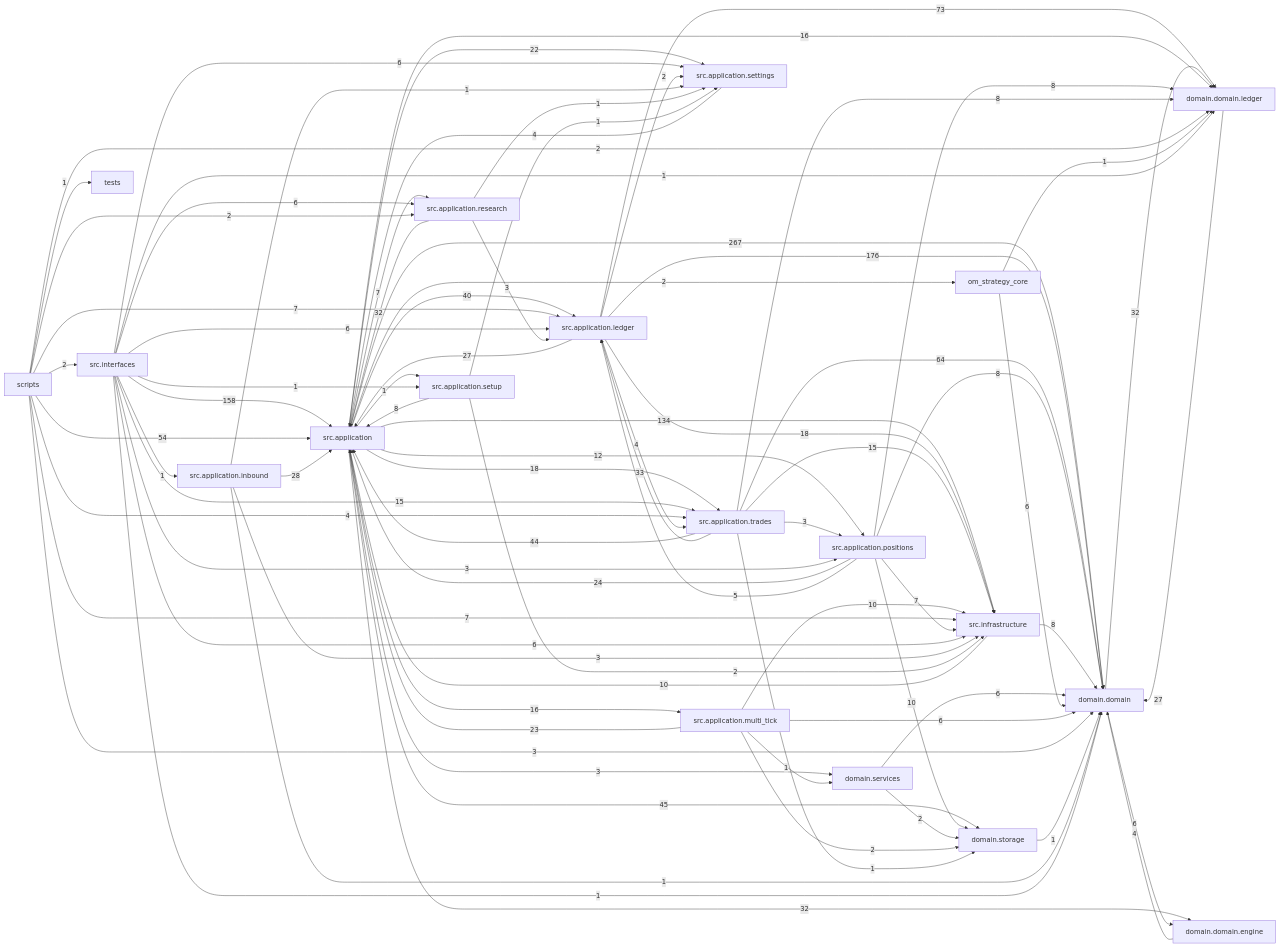
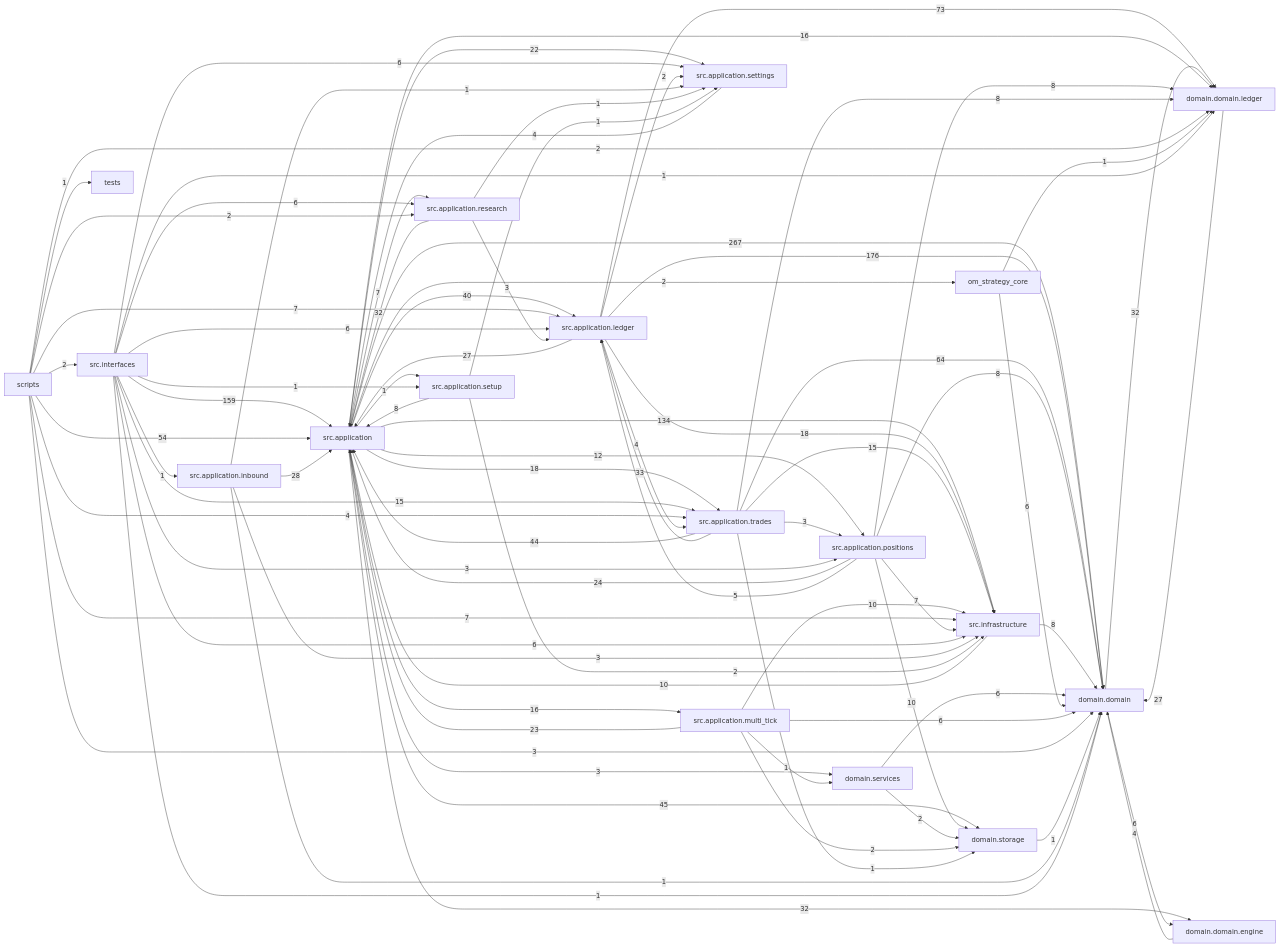
The diagram in docs/dependency_graph.mmd (liuxie066/options-monitor), drawn with Mermaid before and after one commit. The commit also changed 13 other files, not shown here.

```diff
--- a/docs/dependency_graph.mmd
+++ b/docs/dependency_graph.mmd
@@ -1,81 +1,81 @@
 flowchart LR
   src_application["src.application"] -->|267| domain_domain["domain.domain"]
   src_application_ledger["src.application.ledger"] -->|176| domain_domain["domain.domain"]
-  src_interfaces["src.interfaces"] -->|158| src_application["src.application"]
+  src_interfaces["src.interfaces"] -->|159| src_application["src.application"]
   src_application["src.application"] -->|134| src_infrastructure["src.infrastructure"]
   src_application_ledger["src.application.ledger"] -->|73| domain_domain_ledger["domain.domain.ledger"]
   src_application_trades["src.application.trades"] -->|64| domain_domain["domain.domain"]
   scripts["scripts"] -->|54| src_application["src.application"]
   src_application["src.application"] -->|45| domain_storage["domain.storage"]
   src_application_trades["src.application.trades"] -->|44| src_application["src.application"]
   src_application["src.application"] -->|40| src_application_ledger["src.application.ledger"]
   src_application_trades["src.application.trades"] -->|33| src_application_ledger["src.application.ledger"]
   domain_domain["domain.domain"] -->|32| domain_domain_ledger["domain.domain.ledger"]
   src_application["src.application"] -->|32| domain_domain_engine["domain.domain.engine"]
   src_application_research["src.application.research"] -->|32| src_application["src.application"]
   src_application_inbound["src.application.inbound"] -->|28| src_application["src.application"]
   domain_domain_ledger["domain.domain.ledger"] -->|27| domain_domain["domain.domain"]
   src_application_ledger["src.application.ledger"] -->|27| src_application["src.application"]
   src_application_positions["src.application.positions"] -->|24| src_application["src.application"]
   src_application_multi_tick["src.application.multi_tick"] -->|23| src_application["src.application"]
   src_application["src.application"] -->|22| src_application_settings["src.application.settings"]
   src_application["src.application"] -->|18| src_application_trades["src.application.trades"]
   src_application_ledger["src.application.ledger"] -->|18| src_infrastructure["src.infrastructure"]
   src_application["src.application"] -->|16| domain_domain_ledger["domain.domain.ledger"]
   src_application["src.application"] -->|16| src_application_multi_tick["src.application.multi_tick"]
   src_application_trades["src.application.trades"] -->|15| src_infrastructure["src.infrastructure"]
   src_interfaces["src.interfaces"] -->|15| src_application_trades["src.application.trades"]
   src_application["src.application"] -->|12| src_application_positions["src.application.positions"]
   src_application_multi_tick["src.application.multi_tick"] -->|10| src_infrastructure["src.infrastructure"]
   src_application_positions["src.application.positions"] -->|10| domain_storage["domain.storage"]
   src_infrastructure["src.infrastructure"] -->|10| src_application["src.application"]
   src_application_positions["src.application.positions"] -->|8| domain_domain["domain.domain"]
   src_application_positions["src.application.positions"] -->|8| domain_domain_ledger["domain.domain.ledger"]
   src_application_setup["src.application.setup"] -->|8| src_application["src.application"]
   src_application_trades["src.application.trades"] -->|8| domain_domain_ledger["domain.domain.ledger"]
   src_infrastructure["src.infrastructure"] -->|8| domain_domain["domain.domain"]
   scripts["scripts"] -->|7| src_application_ledger["src.application.ledger"]
   scripts["scripts"] -->|7| src_infrastructure["src.infrastructure"]
   src_application["src.application"] -->|7| src_application_research["src.application.research"]
   src_application_positions["src.application.positions"] -->|7| src_infrastructure["src.infrastructure"]
   domain_domain["domain.domain"] -->|6| domain_domain_engine["domain.domain.engine"]
   domain_services["domain.services"] -->|6| domain_domain["domain.domain"]
   om_strategy_core["om_strategy_core"] -->|6| domain_domain["domain.domain"]
   src_application_multi_tick["src.application.multi_tick"] -->|6| domain_domain["domain.domain"]
   src_interfaces["src.interfaces"] -->|6| src_application_ledger["src.application.ledger"]
   src_interfaces["src.interfaces"] -->|6| src_application_research["src.application.research"]
   src_interfaces["src.interfaces"] -->|6| src_application_settings["src.application.settings"]
   src_interfaces["src.interfaces"] -->|6| src_infrastructure["src.infrastructure"]
   src_application_positions["src.application.positions"] -->|5| src_application_ledger["src.application.ledger"]
   domain_domain_engine["domain.domain.engine"] -->|4| domain_domain["domain.domain"]
   scripts["scripts"] -->|4| src_application_trades["src.application.trades"]
   src_application_ledger["src.application.ledger"] -->|4| src_application_trades["src.application.trades"]
   src_application_settings["src.application.settings"] -->|4| src_application["src.application"]
   scripts["scripts"] -->|3| domain_domain["domain.domain"]
   src_application["src.application"] -->|3| domain_services["domain.services"]
   src_application_inbound["src.application.inbound"] -->|3| src_infrastructure["src.infrastructure"]
   src_application_research["src.application.research"] -->|3| src_application_ledger["src.application.ledger"]
   src_application_trades["src.application.trades"] -->|3| src_application_positions["src.application.positions"]
   src_interfaces["src.interfaces"] -->|3| src_application_positions["src.application.positions"]
   domain_services["domain.services"] -->|2| domain_storage["domain.storage"]
   scripts["scripts"] -->|2| domain_domain_ledger["domain.domain.ledger"]
   scripts["scripts"] -->|2| src_application_research["src.application.research"]
   scripts["scripts"] -->|2| src_interfaces["src.interfaces"]
   src_application["src.application"] -->|2| om_strategy_core["om_strategy_core"]
   src_application_ledger["src.application.ledger"] -->|2| src_application_settings["src.application.settings"]
   src_application_multi_tick["src.application.multi_tick"] -->|2| domain_storage["domain.storage"]
   src_application_setup["src.application.setup"] -->|2| src_infrastructure["src.infrastructure"]
   domain_storage["domain.storage"] -->|1| domain_domain["domain.domain"]
   om_strategy_core["om_strategy_core"] -->|1| domain_domain_ledger["domain.domain.ledger"]
   scripts["scripts"] -->|1| tests["tests"]
   src_application["src.application"] -->|1| src_application_setup["src.application.setup"]
   src_application_inbound["src.application.inbound"] -->|1| domain_domain["domain.domain"]
   src_application_inbound["src.application.inbound"] -->|1| src_application_settings["src.application.settings"]
   src_application_multi_tick["src.application.multi_tick"] -->|1| domain_services["domain.services"]
   src_application_research["src.application.research"] -->|1| src_application_settings["src.application.settings"]
   src_application_setup["src.application.setup"] -->|1| src_application_settings["src.application.settings"]
   src_application_trades["src.application.trades"] -->|1| domain_storage["domain.storage"]
   src_interfaces["src.interfaces"] -->|1| domain_domain["domain.domain"]
   src_interfaces["src.interfaces"] -->|1| domain_domain_ledger["domain.domain.ledger"]
   src_interfaces["src.interfaces"] -->|1| src_application_inbound["src.application.inbound"]
   src_interfaces["src.interfaces"] -->|1| src_application_setup["src.application.setup"]
```
